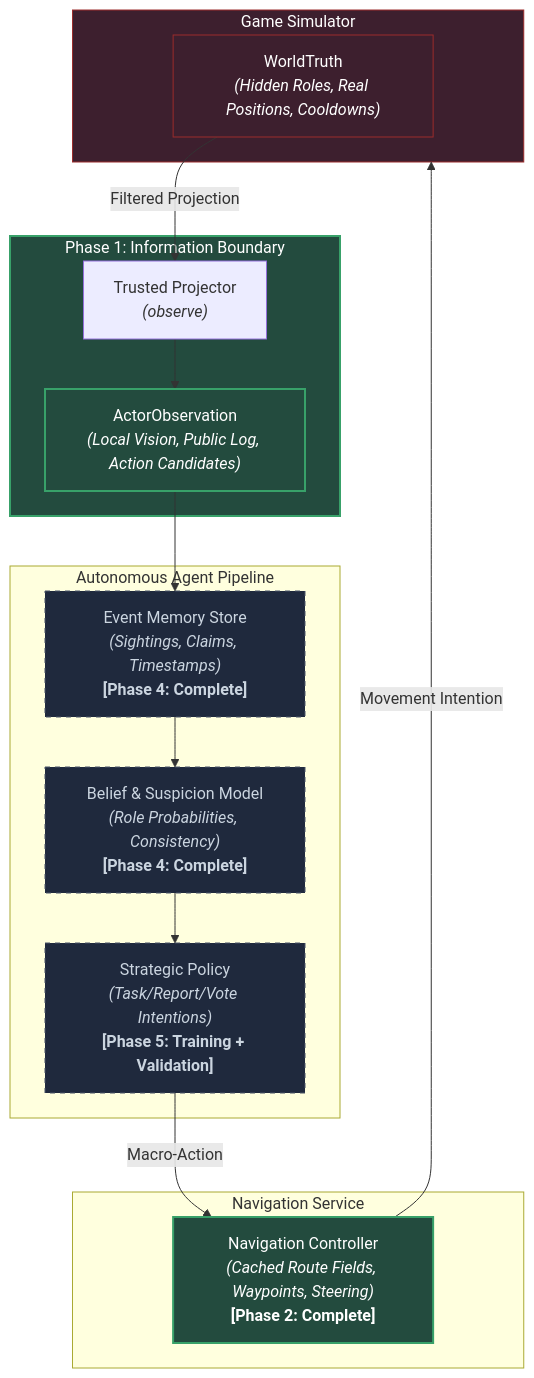
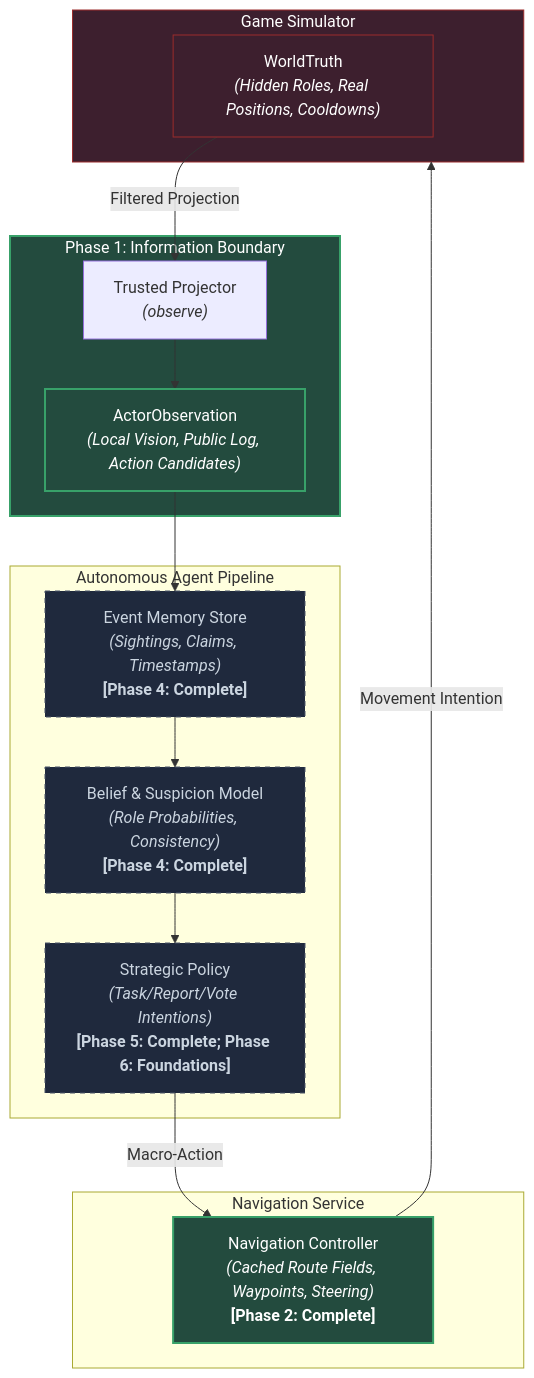
The diagram in README.md (Hadisovic/social-deduction-ai), drawn with Mermaid before and after one commit. The commit also changed other lines of this file and 42 other files, not shown here.

Commit message:
feat(phase6): add versioned vision and crewmate experiment foundations

````diff
--- a/README.md
+++ b/README.md
@@ -164,37 +188,37 @@
 ```mermaid
 flowchart TD
     subgraph Sim [Game Simulator]
         WT["WorldTruth<br/><i>(Hidden Roles, Real Positions, Cooldowns)</i>"]
     end
 
     subgraph Boundary [Phase 1: Information Boundary]
         PROJ["Trusted Projector<br/><i>(observe)</i>"]
         AO["ActorObservation<br/><i>(Local Vision, Public Log, Action Candidates)</i>"]
     end
 
     subgraph Agent [Autonomous Agent Pipeline]
         MEM["Event Memory Store<br/><i>(Sightings, Claims, Timestamps)</i><br/><b>[Phase 4: Complete]</b>"]
         BELIEF["Belief & Suspicion Model<br/><i>(Role Probabilities, Consistency)</i><br/><b>[Phase 4: Complete]</b>"]
-        POL["Strategic Policy<br/><i>(Task/Report/Vote Intentions)</i><br/><b>[Phase 5: Training + Validation]</b>"]
+        POL["Strategic Policy<br/><i>(Task/Report/Vote Intentions)</i><br/><b>[Phase 5: Complete; Phase 6: Foundations]</b>"]
     end
 
     subgraph Service [Navigation Service]
         NAV["Navigation Controller<br/><i>(Cached Route Fields, Waypoints, Steering)</i><br/><b>[Phase 2: Complete]</b>"]
     end
 
     WT -->|Filtered Projection| PROJ
     PROJ --> AO
     AO --> MEM
     MEM --> BELIEF
     BELIEF --> POL
     POL -->|Macro-Action| NAV
     NAV -->|Movement Intention| Sim
 
     classDef built fill:#234b3e,stroke:#38a169,stroke-width:2px,color:#fff;
     classDef planned fill:#1f293d,stroke:#4a5568,stroke-width:1px,stroke-dasharray: 5 5,color:#cbd5e0;
     classDef sim fill:#3d1f2e,stroke:#9b2c2c,stroke-width:1px,color:#fff;
 
     class Boundary,AO,NAV built;
     class MEM,BELIEF,POL planned;
     class Sim,WT sim;
 ```
````
